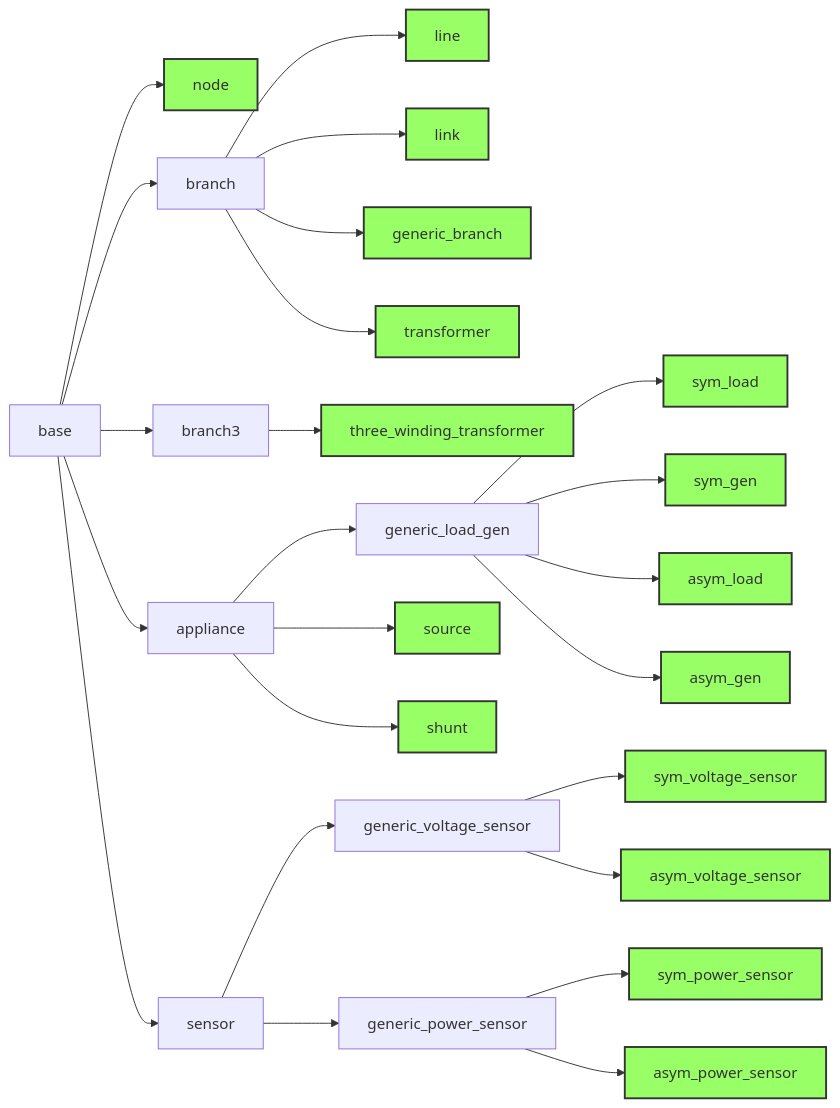
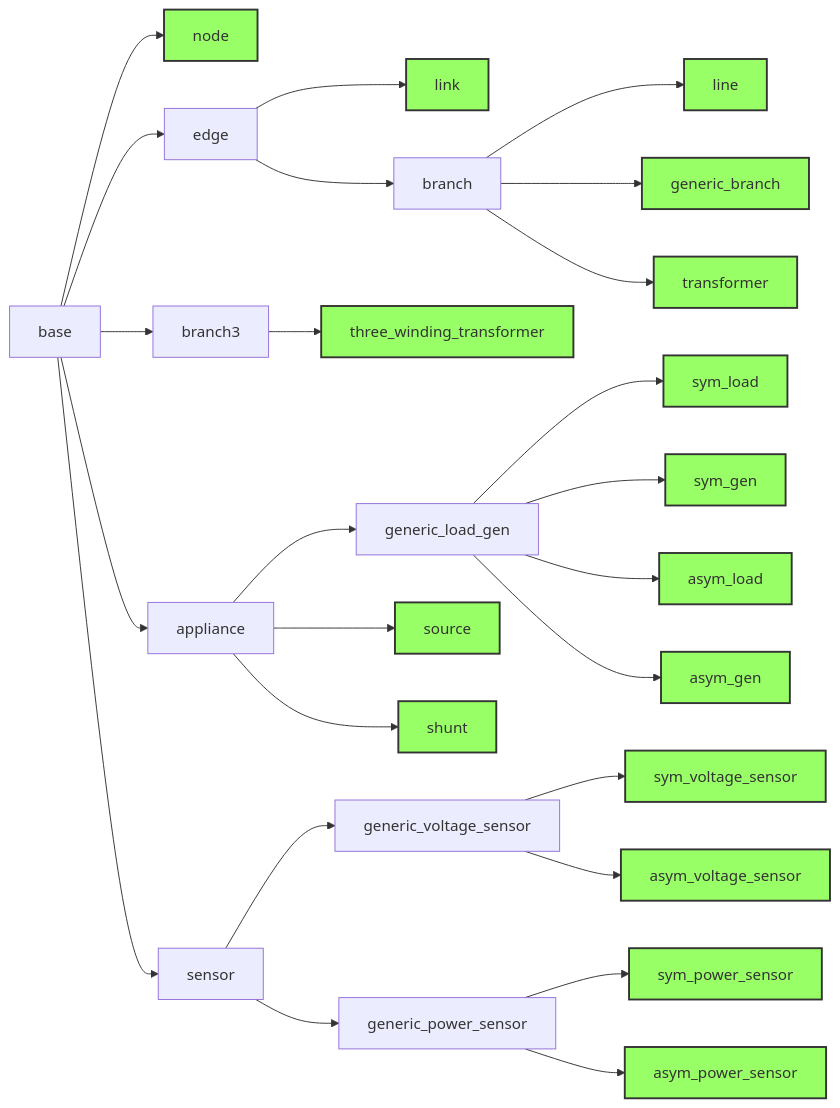
Before and after one commit to PowerGridModel/power-grid-model: the diagram in docs/user_manual/data-model.md, drawn with Mermaid. The commit also changed other lines of this file, not shown here.

Commit message:
data-model

````diff
--- a/docs/user_manual/data-model.md
+++ b/docs/user_manual/data-model.md
@@ -17,29 +17,30 @@
 ```{mermaid}
 graph LR
     base-->node
-    base-->branch
-      branch-->line
-      branch-->link
-      branch-->generic_branch
-      branch-->transformer      
+    base-->edge
+      edge-->link
+      edge-->branch
+        branch-->line
+        branch-->generic_branch
+        branch-->transformer      
     base-->branch3
       branch3-->three_winding_transformer
     base-->appliance
       appliance-->generic_load_gen
         generic_load_gen-->sym_load
         generic_load_gen-->sym_gen
         generic_load_gen-->asym_load
         generic_load_gen-->asym_gen
       appliance-->source
       appliance-->shunt
     base-->sensor
       sensor-->generic_voltage_sensor
         generic_voltage_sensor-->sym_voltage_sensor
         generic_voltage_sensor-->asym_voltage_sensor
       sensor-->generic_power_sensor
         generic_power_sensor-->sym_power_sensor
         generic_power_sensor-->asym_power_sensor
      
    classDef green fill:#9f6,stroke:#333,stroke-width:2px
    class node,line,link,generic_branch,transformer,three_winding_transformer,source,shunt,sym_load,sym_gen,asym_load,asym_gen,sym_voltage_sensor,asym_voltage_sensor,sym_power_sensor,asym_power_sensor green
 ```
````
